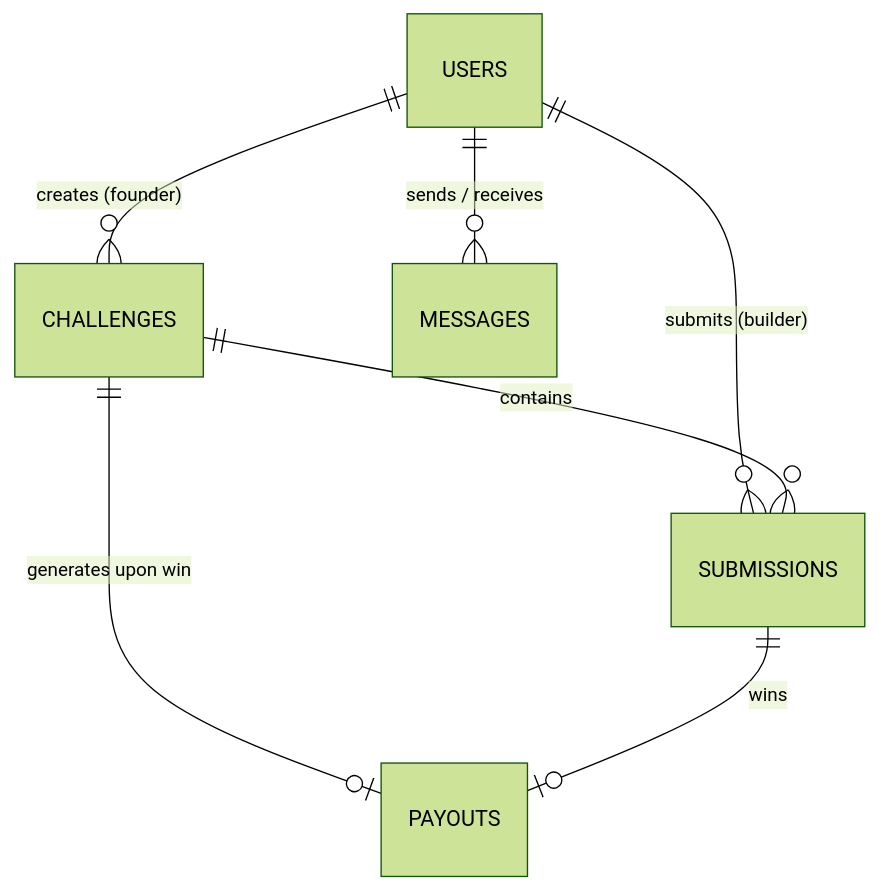
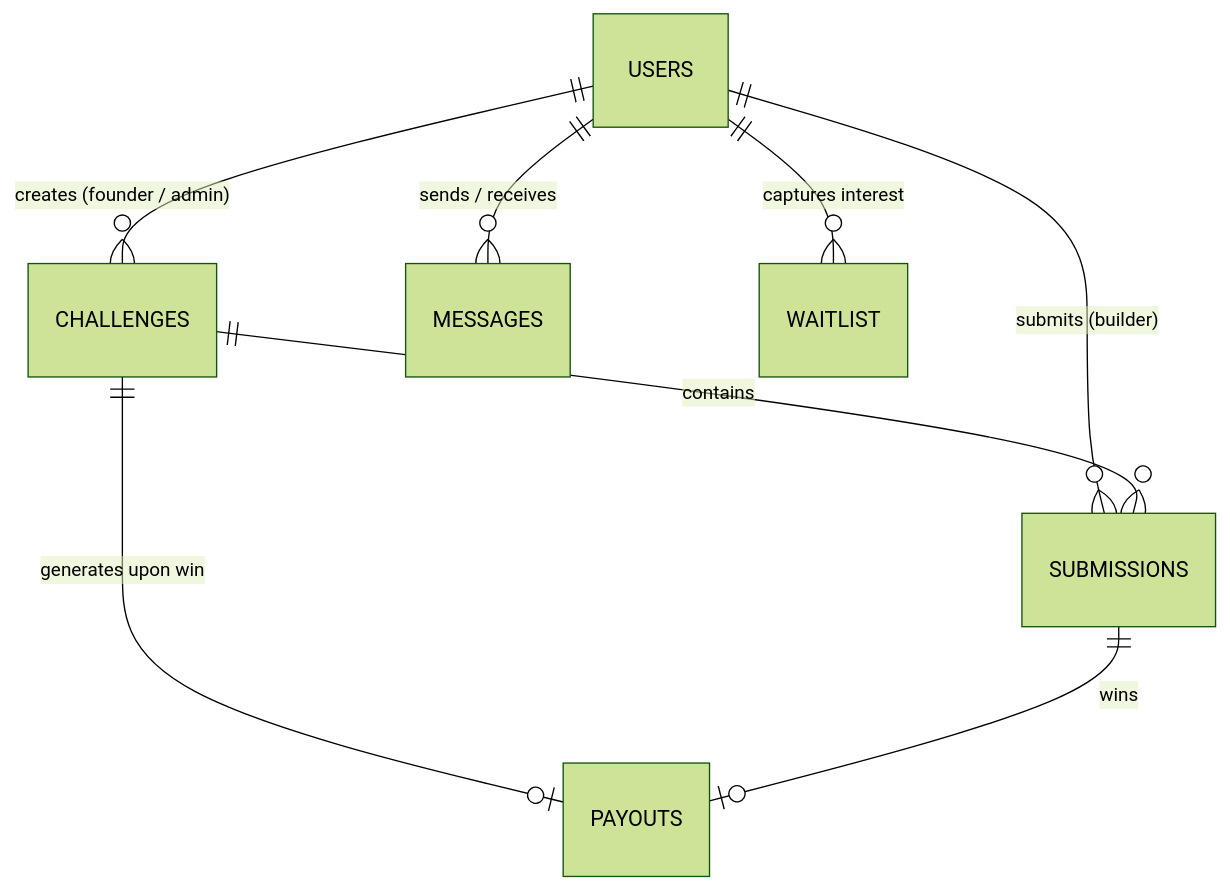
Before and after one commit to DISHA-ENTREXT3/soho-proof: the diagram in docs/DATABASE_DESIGN.md, drawn with Mermaid (forest theme). The commit also changed other lines of this file and 4 other files, not shown here.

Commit message:
docs: Update Architecture, Database Design, Firebase Structure, PRD, and README for tiered quotas & admin portal

````diff
--- a/docs/DATABASE_DESIGN.md
+++ b/docs/DATABASE_DESIGN.md
@@ -146,9 +169,10 @@
 ```mermaid
 erDiagram
-    USERS ||--o{ CHALLENGES : "creates (founder)"
+    USERS ||--o{ CHALLENGES : "creates (founder / admin)"
     USERS ||--o{ SUBMISSIONS : "submits (builder)"
     CHALLENGES ||--o{ SUBMISSIONS : "contains"
     CHALLENGES ||--o| PAYOUTS : "generates upon win"
     SUBMISSIONS ||--o| PAYOUTS : "wins"
     USERS ||--o{ MESSAGES : "sends / receives"
+    USERS ||--o{ WAITLIST : "captures interest"
 ```
````
